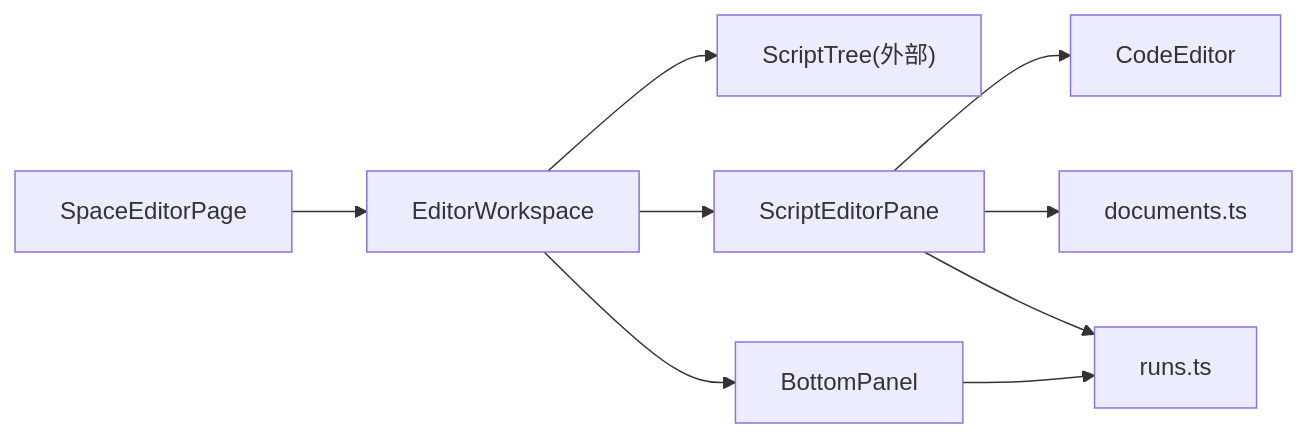
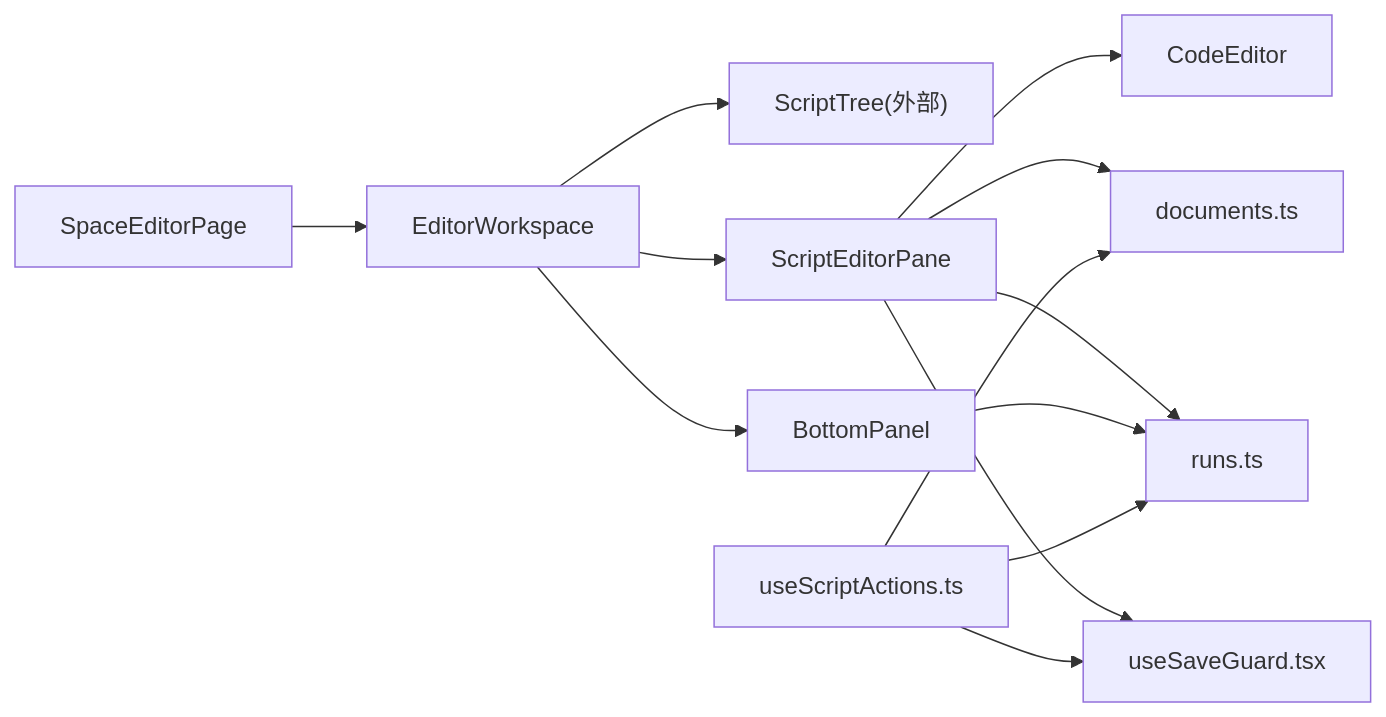
Before and after one commit to hozeeee/script-box: diagram 12 of 13 in .qoder/repowiki/zh/content/前端应用架构/页面组件/脚本编辑器页面/脚本编辑器页面.md, drawn with Mermaid. The commit also changed other lines of this file and 76 other files, not shown here.

````diff
--- a/.qoder/repowiki/zh/content/前端应用架构/页面组件/脚本编辑器页面/脚本编辑器页面.md
+++ b/.qoder/repowiki/zh/content/前端应用架构/页面组件/脚本编辑器页面/脚本编辑器页面.md
@@ -349,11 +491,15 @@
 ```mermaid
 graph LR
 SEP["SpaceEditorPage"] --> EWS["EditorWorkspace"]
 EWS --> STree["ScriptTree(外部)"]
 EWS --> SEP_Pane["ScriptEditorPane"]
 EWS --> Bottom["BottomPanel"]
 SEP_Pane --> CE["CodeEditor"]
 SEP_Pane --> Docs["documents.ts"]
 SEP_Pane --> Runs["runs.ts"]
+SEP_Pane --> SG["useSaveGuard.tsx"]
 Bottom --> Runs
+SA["useScriptActions.ts"] --> SG
+SA --> Docs
+SA --> Runs
 ```
````
